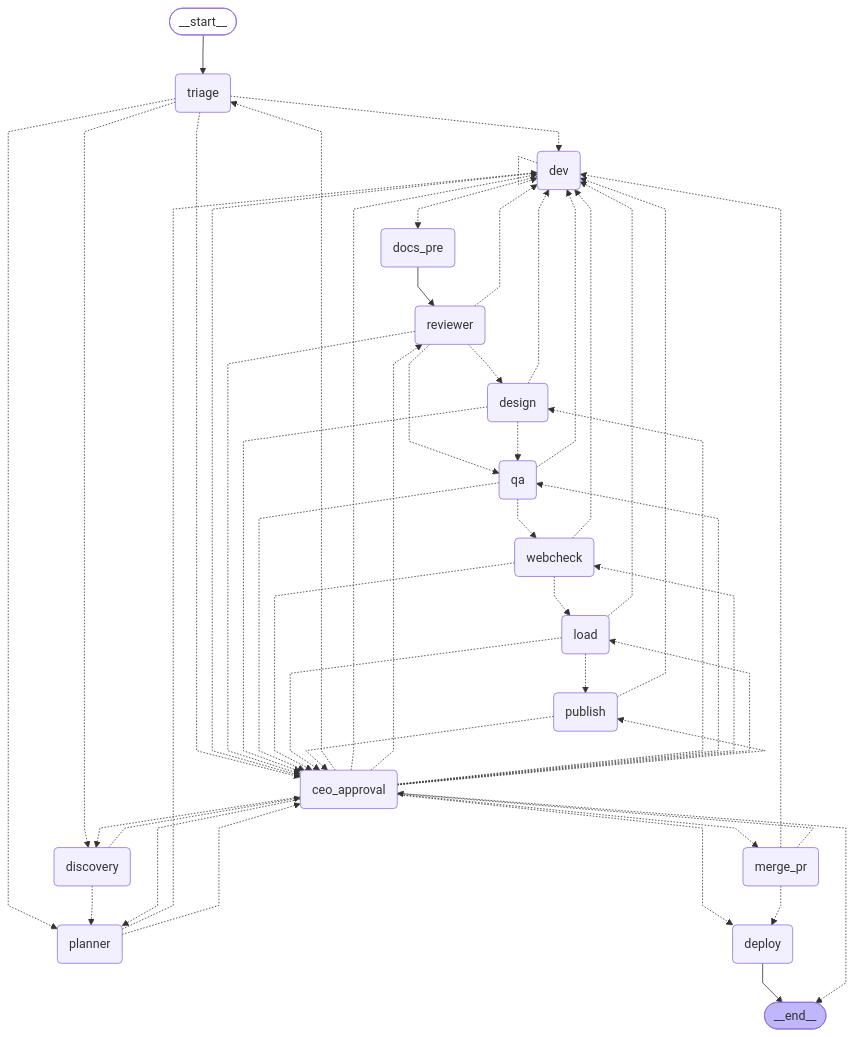
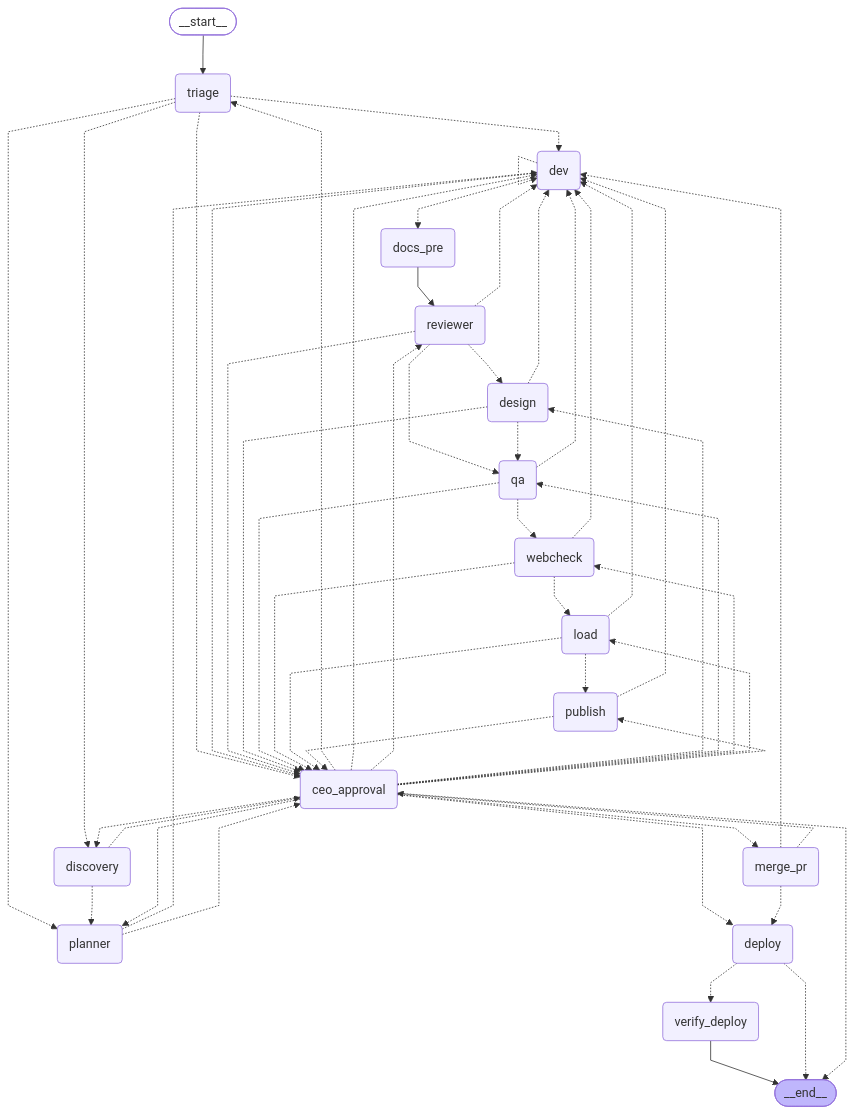
The diagram in orchestrator/docs/11-reference.md (venturelli-91/agent-softhouse-orchestrator), drawn with Mermaid before and after one commit. The commit also changed other lines of this file and 6 other files, not shown here.

Commit message:
fix(graph): ajustes da revisão final do verify_deploy

````diff
--- a/orchestrator/docs/11-reference.md
+++ b/orchestrator/docs/11-reference.md
@@ -91,71 +92,74 @@
 ```mermaid
 %%{init: {'flowchart': {'curve': 'linear'}}}%%
 graph TD;
 	__start__([<p>__start__</p>]):::first
 	triage(triage)
 	discovery(discovery)
 	planner(planner)
 	dev(dev)
 	docs_pre(docs_pre)
 	reviewer(reviewer)
 	design(design)
 	qa(qa)
 	webcheck(webcheck)
 	load(load)
 	publish(publish)
 	ceo_approval(ceo_approval)
 	merge_pr(merge_pr)
 	deploy(deploy)
+	verify_deploy(verify_deploy)
 	__end__([<p>__end__</p>]):::last
 	__start__ --> triage;
 	docs_pre --> reviewer;
-	deploy --> __end__;
+	verify_deploy --> __end__;
 	triage -.-> dev;
 	triage -.-> discovery;
 	triage -.-> planner;
 	discovery -.-> planner;
+	deploy -.-> verify_deploy;
+	deploy -.-> __end__;
 	discovery -.-> ceo_approval;
 	triage -.-> ceo_approval;
 	planner -.-> dev;
 	planner -.-> ceo_approval;
 	dev -.-> docs_pre;
 	dev -.-> dev;
 	dev -.-> ceo_approval;
 	reviewer -.-> design;
 	reviewer -.-> qa;
 	reviewer -.-> dev;
 	reviewer -.-> ceo_approval;
 	design -.-> qa;
 	design -.-> dev;
 	design -.-> ceo_approval;
 	qa -.-> webcheck;
 	qa -.-> dev;
 	qa -.-> ceo_approval;
 	webcheck -.-> load;
 	webcheck -.-> dev;
 	webcheck -.-> ceo_approval;
 	load -.-> publish;
 	load -.-> dev;
 	load -.-> ceo_approval;
 	publish -.-> ceo_approval;
 	publish -.-> dev;
 	ceo_approval -.-> triage;
 	ceo_approval -.-> discovery;
 	ceo_approval -.-> planner;
 	ceo_approval -.-> dev;
 	ceo_approval -.-> reviewer;
 	ceo_approval -.-> design;
 	ceo_approval -.-> qa;
 	ceo_approval -.-> webcheck;
 	ceo_approval -.-> load;
 	ceo_approval -.-> publish;
 	ceo_approval -.-> deploy;
 	ceo_approval -.-> merge_pr;
 	ceo_approval -.-> __end__;
 	merge_pr -.-> deploy;
 	merge_pr -.-> dev;
 	merge_pr -.-> ceo_approval;
 	classDef default fill:#f2f0ff,line-height:1.2;
 	classDef first fill-opacity:0;
 	classDef last fill:#bfb6fc;
 ```
````
